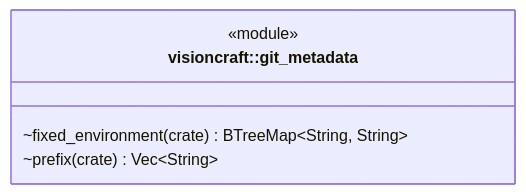
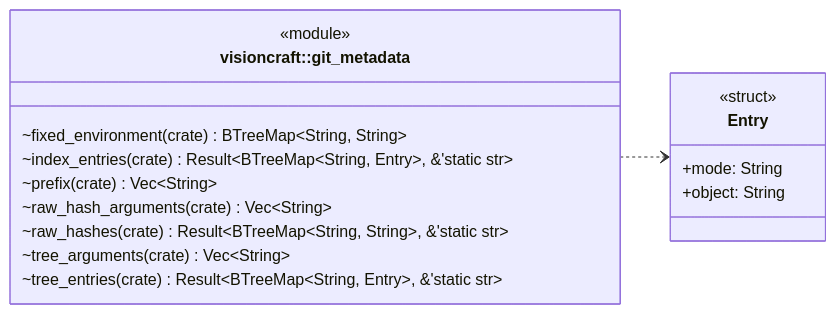
One commit to DreamLab-AI/visioncraft changed the diagram in docs/diagrams/generated/src/git_metadata.rs.md. Above: the diagram before and after it, drawn with Mermaid. The commit also changed other lines of this file and 10 other files, not shown here.

Commit message:
Verify final release architecture and refresh generated diagrams

````diff
--- a/docs/diagrams/generated/src/git_metadata.rs.md
+++ b/docs/diagrams/generated/src/git_metadata.rs.md
@@ -14,9 +14,20 @@
 ```mermaid
 classDiagram
   direction LR
+  class visioncraft__git_metadata___tEntry["Entry"] {
+    <<struct>>
+    +mode: String
+    +object: String
+  }
   class visioncraft__git_metadata["visioncraft::git_metadata"] {
     <<module>>
     ~fixed_environment(crate) BTreeMap#lt;String, String#gt;
+    ~index_entries(crate) Result#lt;BTreeMap#lt;String, Entry#gt;, &'static str#gt;
     ~prefix(crate) Vec#lt;String#gt;
+    ~raw_hash_arguments(crate) Vec#lt;String#gt;
+    ~raw_hashes(crate) Result#lt;BTreeMap#lt;String, String#gt;, &'static str#gt;
+    ~tree_arguments(crate) Vec#lt;String#gt;
+    ~tree_entries(crate) Result#lt;BTreeMap#lt;String, Entry#gt;, &'static str#gt;
   }
+  visioncraft__git_metadata ..> visioncraft__git_metadata___tEntry
 ```
````
